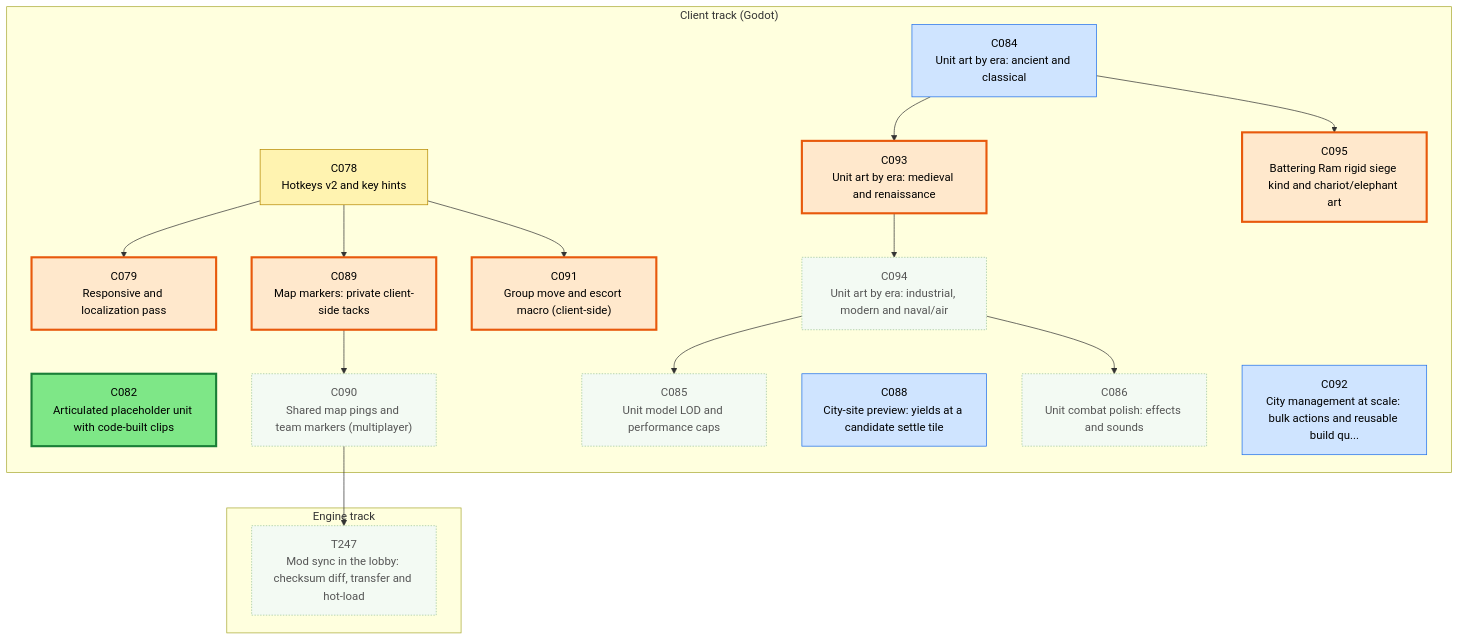
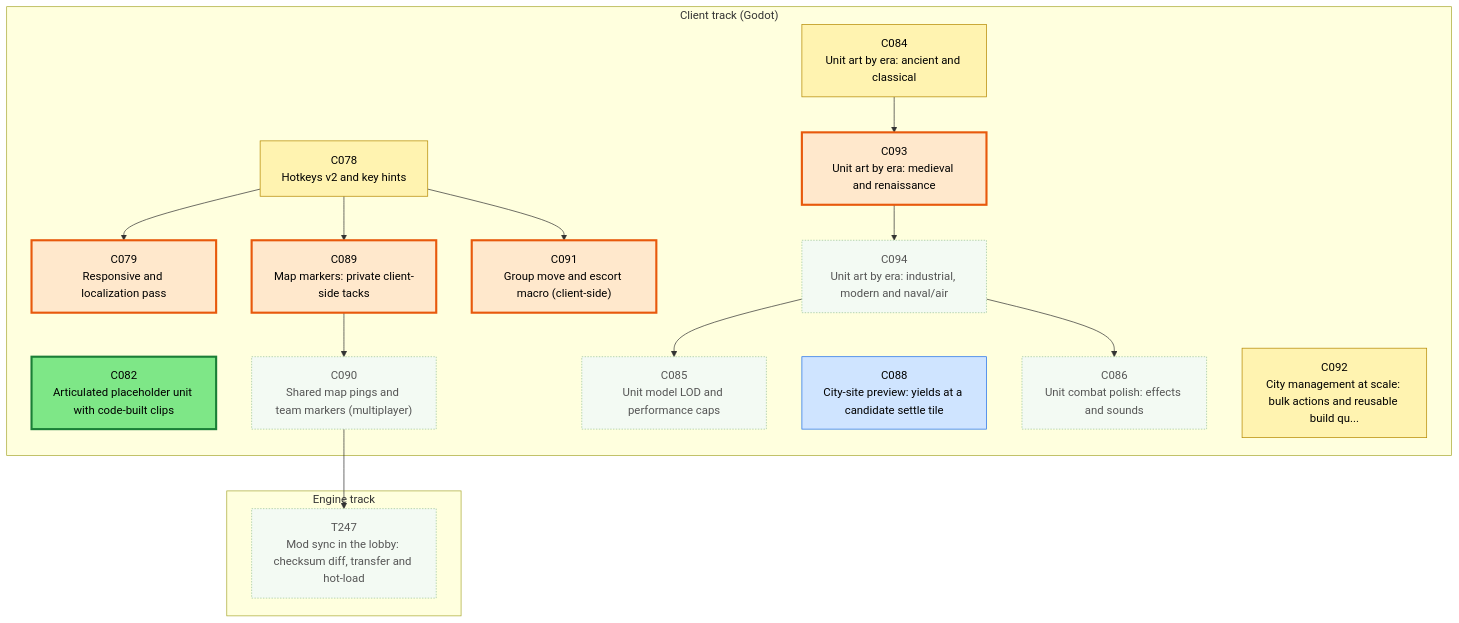
One commit to Kenmura/Unciv changed the first of 3 diagrams in csharp/migration/DEPENDENCY_MAP.md. Above: the diagram before and after it, drawn with Mermaid. The commit also changed other lines of this file and 7 other files, not shown here.

````diff
--- a/csharp/migration/DEPENDENCY_MAP.md
+++ b/csharp/migration/DEPENDENCY_MAP.md
@@ -25,54 +25,51 @@
 ```mermaid
 flowchart TD
   subgraph TTRACK["Engine track"]
     T247["T247<br/>Mod sync in the lobby: checksum diff, transfer and hot-load"]
   end
   subgraph CTRACK["Client track (Godot)"]
     C078["C078<br/>Hotkeys v2 and key hints"]
     C079["C079<br/>Responsive and localization pass"]
     C082["C082<br/>Articulated placeholder unit with code-built clips"]
     C084["C084<br/>Unit art by era: ancient and classical"]
     C085["C085<br/>Unit model LOD and performance caps"]
     C086["C086<br/>Unit combat polish: effects and sounds"]
     C088["C088<br/>City-site preview: yields at a candidate settle tile"]
     C089["C089<br/>Map markers: private client-side tacks"]
     C090["C090<br/>Shared map pings and team markers (multiplayer)"]
     C091["C091<br/>Group move and escort macro (client-side)"]
     C092["C092<br/>City management at scale: bulk actions and reusable build qu..."]
     C093["C093<br/>Unit art by era: medieval and renaissance"]
     C094["C094<br/>Unit art by era: industrial, modern and naval/air"]
-    C095["C095<br/>Battering Ram rigid siege kind and chariot/elephant art"]
   end
   C090 --> T247
   C078 --> C079
   C094 --> C085
   C094 --> C086
   C078 --> C089
   C089 --> C090
   C078 --> C091
   C084 --> C093
   C093 --> C094
-  C084 --> C095
   classDef waiting fill:#f3faf3,stroke:#9bc49b,color:#555,stroke-dasharray:2 2
   classDef ondeck fill:#ffe8cc,stroke:#e8590c,stroke-width:3px,color:#000
   classDef ready fill:#7ee787,stroke:#1a7f37,stroke-width:3px,color:#000
   classDef prog fill:#fff3b0,stroke:#b58900,color:#000
   classDef review fill:#cfe4ff,stroke:#1f6feb,color:#000
   classDef blocked fill:#ffd6d6,stroke:#c62828,color:#000
   classDef done fill:#eeeeee,stroke:#999999,color:#666,stroke-dasharray:4 3
   class C078 prog
   class C079 ondeck
   class C082 ready
-  class C084 review
+  class C084 prog
   class C085 waiting
   class C086 waiting
   class C088 review
   class C089 ondeck
   class C090 waiting
   class C091 ondeck
-  class C092 review
+  class C092 prog
   class C093 ondeck
   class C094 waiting
-  class C095 ondeck
   class T247 waiting
 ```
````
